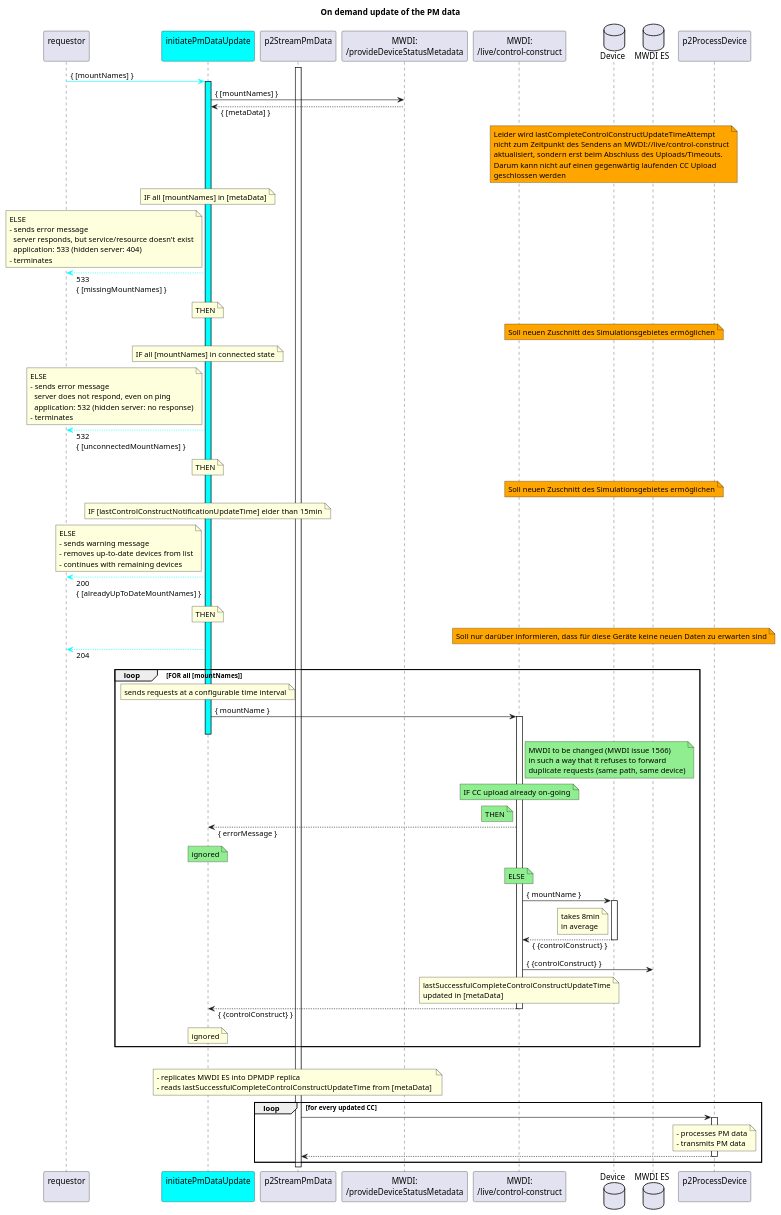
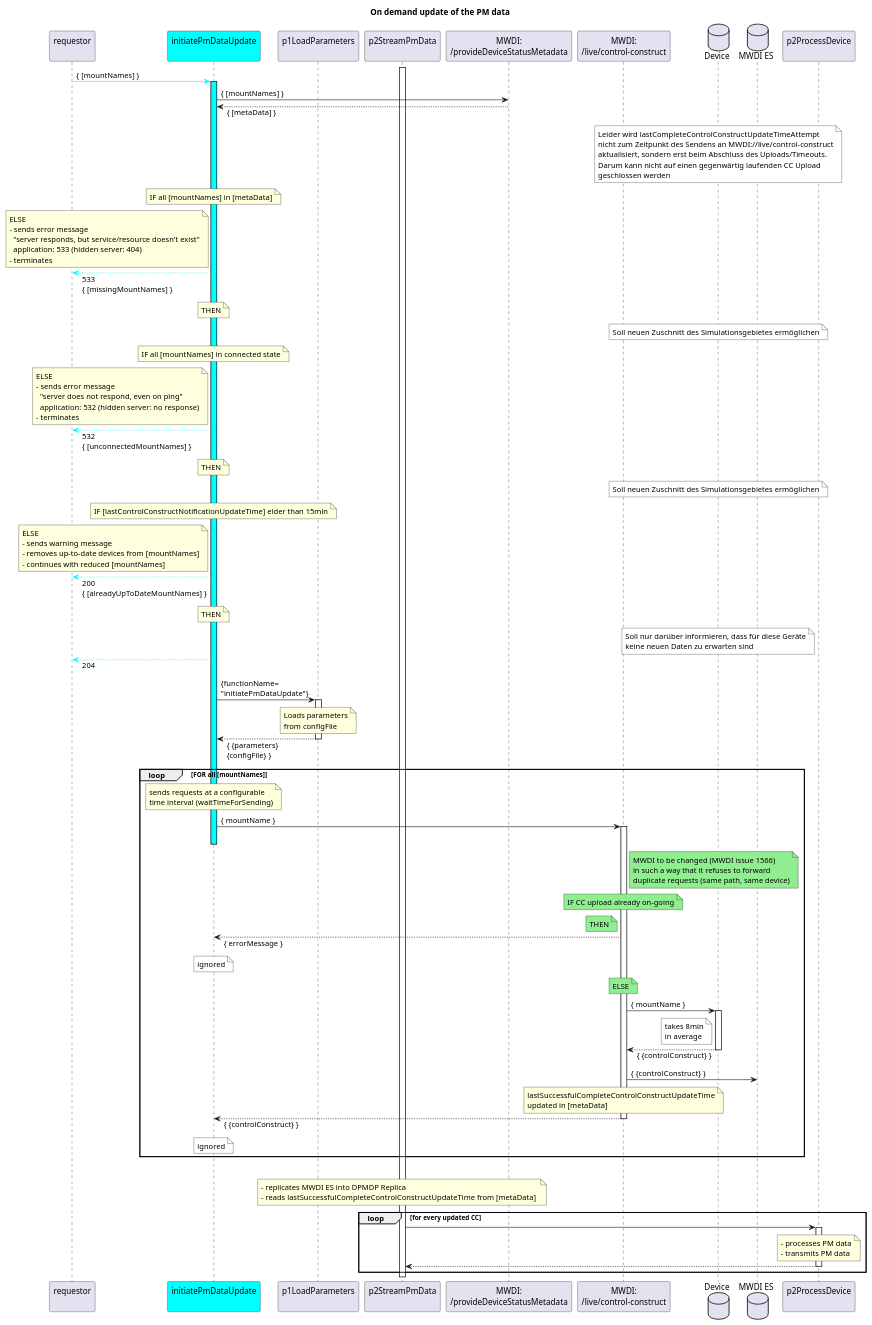
One commit to openBackhaul/DevicePerformanceManagementDataProcessor changed the diagram in spec/additionalDocumentation/onDemandUpdate/diagrams/onDemandUpdate.plantuml. Above: the diagram before and after it, drawn with PlantUML. The commit also changed 27 other files, not shown here.

Commit message:
Add initiatePmDataUpdate service (fixes #76)

```diff
--- a/spec/additionalDocumentation/onDemandUpdate/diagrams/onDemandUpdate.plantuml
+++ b/spec/additionalDocumentation/onDemandUpdate/diagrams/onDemandUpdate.plantuml
@@ -1,169 +1,181 @@
 @startuml onDemandUpdate
 skinparam responseMessageBelowArrow true
 
 title
   On demand update of the PM data
 end title
 
 participant "requestor\n" as tool
 participant "initiatePmDataUpdate\n" as initUpdate #Cyan
+participant "p1LoadParameters\n" as p1LoadParams
 participant "p2StreamPmData\n" as p2StreamPm
 participant "MWDI:\n/provideDeviceStatusMetadata" as mwdiMeta
 participant "MWDI:\n/live/control-construct" as mwdiLive
 database "Device" as device
 database "MWDI ES" as cache
 participant "p2ProcessDevice\n" as p2ProcessPm
 
 activate p2StreamPm
 
 tool -[#Cyan]> initUpdate : { [mountNames] }
 activate initUpdate #Cyan
 
   initUpdate -> mwdiMeta : { [mountNames] }
   initUpdate <-- mwdiMeta : { [metaData] }
 
-  note over device #Orange
+  note over device #White
     Leider wird lastCompleteControlConstructUpdateTimeAttempt
     nicht zum Zeitpunkt des Sendens an MWDI://live/control-construct
     aktualisiert, sondern erst beim Abschluss des Uploads/Timeouts.
     Darum kann nicht auf einen gegenwärtig laufenden CC Upload
     geschlossen werden
   end note
 
   note over initUpdate
     IF all [mountNames] in [metaData]
   end note
   note left initUpdate
     ELSE
     - sends error message
-      server responds, but service/resource doesn't exist
+      "server responds, but service/resource doesn't exist"
       application: 533 (hidden server: 404)
     - terminates
   end note
   tool <-[#Cyan]- initUpdate : 533\n{ [missingMountNames] }
   note over initUpdate
     THEN
   end note
-  note over device #Orange
+  note over device #White
     Soll neuen Zuschnitt des Simulationsgebietes ermöglichen
   end note
 
   note over initUpdate
     IF all [mountNames] in connected state
   end note
   note left initUpdate
     ELSE
     - sends error message
-      server does not respond, even on ping
+      "server does not respond, even on ping"
       application: 532 (hidden server: no response)
     - terminates
   end note
   tool <-[#Cyan]- initUpdate : 532\n{ [unconnectedMountNames] }
   note over initUpdate
     THEN
   end note
-  note over device #Orange
+  note over device #White
     Soll neuen Zuschnitt des Simulationsgebietes ermöglichen
   end note
 
   note over initUpdate
     IF [lastControlConstructNotificationUpdateTime] elder than 15min
   end note
   note left initUpdate
     ELSE
     - sends warning message
-    - removes up-to-date devices from list
-    - continues with remaining devices
+    - removes up-to-date devices from [mountNames]
+    - continues with reduced [mountNames]
   end note
   tool <-[#Cyan]- initUpdate : 200\n{ [alreadyUpToDateMountNames] }
   note over initUpdate
     THEN
   end note
-  note over device #Orange
-    Soll nur darüber informieren, dass für diese Geräte keine neuen Daten zu erwarten sind
+  note over device #White
+    Soll nur darüber informieren, dass für diese Geräte
+    keine neuen Daten zu erwarten sind
   end note
   tool <-[#Cyan]- initUpdate : 204
+
+  initUpdate -> p1LoadParams : {functionName=\n"initiatePmDataUpdate"}
+  activate p1LoadParams
+    note over p1LoadParams
+      Loads parameters
+      from configFile
+    end note
+  initUpdate <-- p1LoadParams : { {parameters}\n{configFile} }
+  deactivate p1LoadParams
 
   loop FOR all [mountNames]
 
     note over initUpdate
-      sends requests at a configurable time interval
+      sends requests at a configurable
+      time interval (waitTimeForSending)
     end note
 
     initUpdate -> mwdiLive : { mountName }
     activate mwdiLive
 
 deactivate initUpdate
 
       note right mwdiLive #LightGreen
         MWDI to be changed (MWDI issue 1566)
         in such a way that it refuses to forward
         duplicate requests (same path, same device)
       end note
 
       note over mwdiLive  #LightGreen
         IF CC upload already on-going
       end note
 
       note left mwdiLive #LightGreen
         THEN
       end note
       initUpdate <-- mwdiLive : { errorMessage }
-      note over initUpdate #LightGreen
+      note over initUpdate #White
         ignored
       end note
 
       note over mwdiLive #LightGreen
         ELSE
       end note
 
       mwdiLive -> device : { mountName }
       activate device
 
-          note left device
+          note left device #White
             takes 8min
             in average
           end note
       
       mwdiLive <-- device : { {controlConstruct} }
       deactivate device
 
       mwdiLive -> cache : { {controlConstruct} }
 
       note over mwdiLive
         lastSuccessfulCompleteControlConstructUpdateTime
         updated in [metaData]
       end note
 
     initUpdate <-- mwdiLive : { {controlConstruct} }
     deactivate mwdiLive
 
-    note over initUpdate
+    note over initUpdate #White
       ignored
     end note
 
   end loop
 
   loop endless
 
     note over p2StreamPm
-      - replicates MWDI ES into DPMDP replica
+      - replicates MWDI ES into DPMDP Replica
       - reads lastSuccessfulCompleteControlConstructUpdateTime from [metaData] 
     end note
 
     loop for every updated CC
 
       p2StreamPm -> p2ProcessPm
       activate p2ProcessPm
 
         note over p2ProcessPm
           - processes PM data
           - transmits PM data
         end note
 
       p2StreamPm <-- p2ProcessPm
       deactivate p2ProcessPm
 
     end loop
 
 @enduml
```
